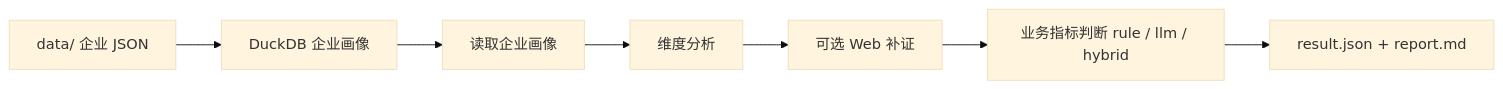
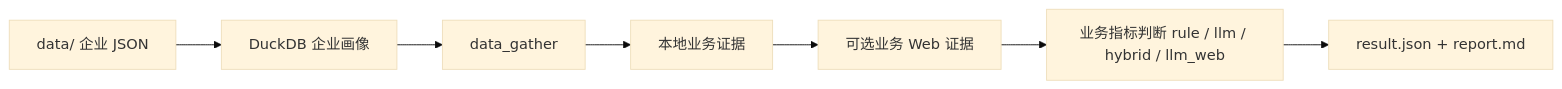
One commit to leeing/xft-dd changed the diagram in README.md. Above: the diagram before and after it, drawn with Mermaid (base theme). The commit also changed other lines of this file and 5 other files, not shown here.

First line of the commit message:
📝 docs: update architecture and guides for indicator-level web search

````diff
--- a/README.md
+++ b/README.md
@@ -9,9 +9,9 @@
 ```mermaid
 flowchart LR
     data["data/ 企业 JSON"] --> warehouse["DuckDB 企业画像"]
-    warehouse --> gather["读取企业画像"]
-    gather --> dimension["维度分析"]
-    dimension --> web["可选 Web 补证"]
-    web --> business["业务指标判断 rule / llm / hybrid"]
-    business --> result["result.json + report.md"]
+    warehouse --> gather["data_gather"]
+    gather --> evidence["本地业务证据"]
+    evidence --> web["可选业务 Web 证据"]
+    web --> recommend["业务指标判断 rule / llm / hybrid / llm_web"]
+    recommend --> result["result.json + report.md"]
 ```
````
